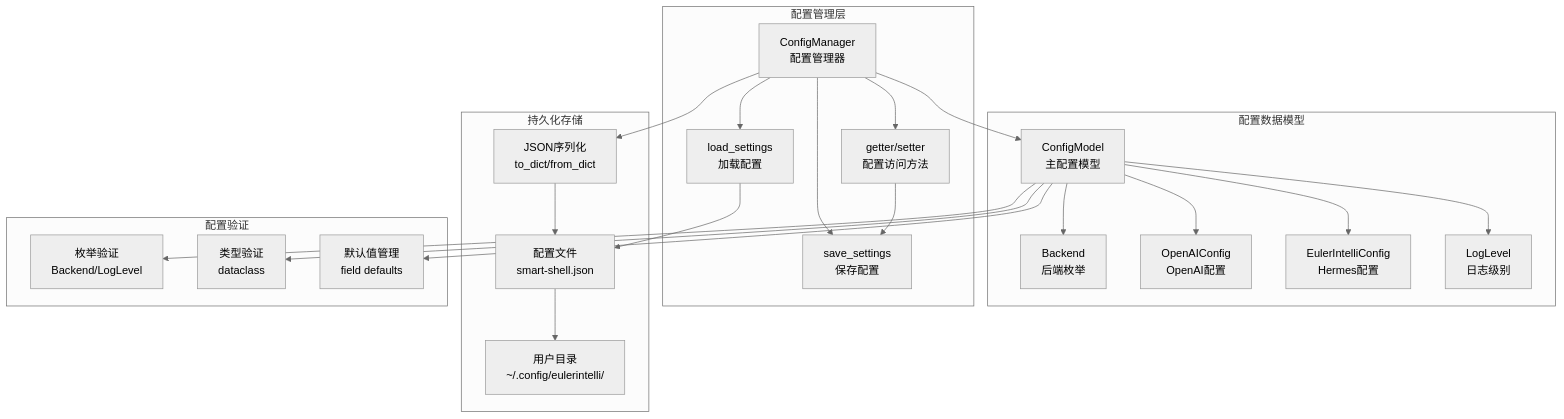
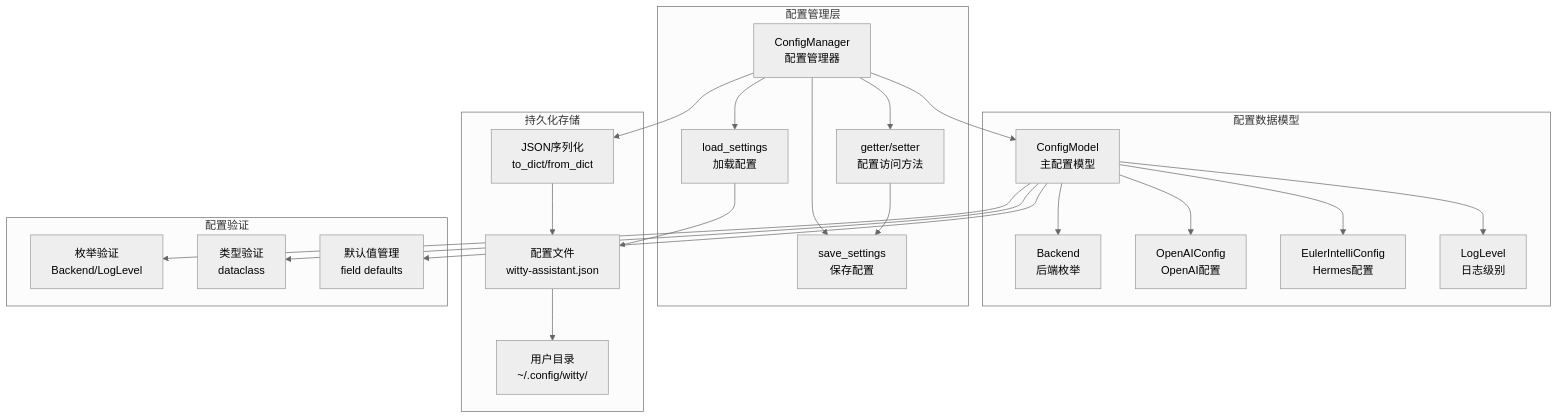
One commit to openeuler-mirror/euler-copilot-shell changed the first of 9 diagrams in docs/development/design/配置管理模块设计.md. Above: the diagram before and after it, drawn with Mermaid (neutral theme). The commit also changed other lines of this file and 23 other files, not shown here.

````diff
--- a/docs/development/design/配置管理模块设计.md
+++ b/docs/development/design/配置管理模块设计.md
@@ -11,34 +11,34 @@
 ```mermaid
 graph TB
     subgraph "配置数据模型"
         A[ConfigModel<br/>主配置模型] --> B[Backend<br/>后端枚举]
         A --> C[OpenAIConfig<br/>OpenAI配置]  
         A --> D[EulerIntelliConfig<br/>Hermes配置]
         A --> E[LogLevel<br/>日志级别]
     end
     
     subgraph "配置管理层"
         F[ConfigManager<br/>配置管理器] --> G[load_settings<br/>加载配置]
         F --> H[save_settings<br/>保存配置]
         F --> I[getter/setter<br/>配置访问方法]
     end
     
     subgraph "持久化存储"
-        J[JSON序列化<br/>to_dict/from_dict] --> K[配置文件<br/>smart-shell.json]
-        K --> L[用户目录<br/>~/.config/eulerintelli/]
+        J[JSON序列化<br/>to_dict/from_dict] --> K[配置文件<br/>witty-assistant.json]
+        K --> L[用户目录<br/>~/.config/witty/]
     end
     
     subgraph "配置验证"
         M[枚举验证<br/>Backend/LogLevel]
         N[类型验证<br/>dataclass]
         O[默认值管理<br/>field defaults]
     end
     
     F --> A
     F --> J
     I --> H
     G --> K
     A --> M
     A --> N
     A --> O
 ```
````
